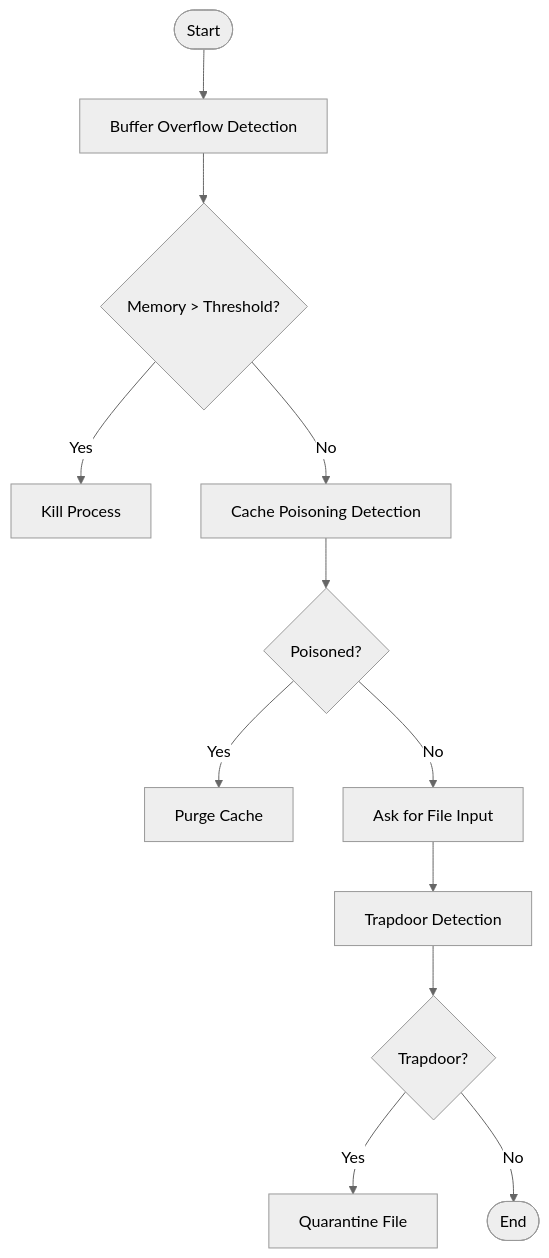
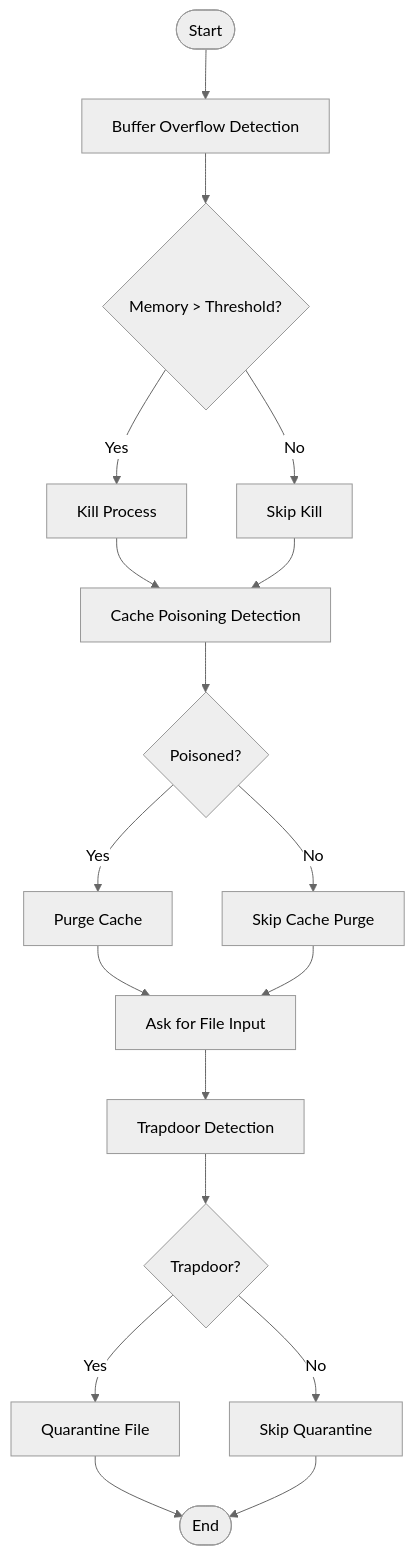
The diagram in README.md (Abhijit-Kumar-GitHub/AegiScan), drawn with Mermaid (neutral theme) before and after one commit.

````diff
--- a/README.md
+++ b/README.md
@@ -53,14 +53,25 @@
 ```mermaid
 flowchart TD
     Start([Start]) --> DetectBuffer[Buffer Overflow Detection]
     DetectBuffer --> KillProcess{Memory > Threshold?}
     KillProcess -- Yes --> Terminate[Kill Process]
-    KillProcess -- No --> DetectCache[Cache Poisoning Detection]
-    DetectCache --> IsPoisoned{Poisoned?}
+    KillProcess -- No --> SkipTerminate[Skip Kill]
+
+    Terminate --> DetectCache
+    SkipTerminate --> DetectCache
+
+    DetectCache[Cache Poisoning Detection] --> IsPoisoned{Poisoned?}
     IsPoisoned -- Yes --> PurgeCache[Purge Cache]
-    IsPoisoned -- No --> AskUserFile[Ask for File Input]
-    AskUserFile --> TrapdoorScan[Trapdoor Detection]
+    IsPoisoned -- No --> SkipPurge[Skip Cache Purge]
+
+    PurgeCache --> AskUserFile
+    SkipPurge --> AskUserFile
+
+    AskUserFile[Ask for File Input] --> TrapdoorScan[Trapdoor Detection]
     TrapdoorScan --> TrapdoorFound{Trapdoor?}
     TrapdoorFound -- Yes --> Quarantine[Quarantine File]
-    TrapdoorFound -- No --> End([End])
+    TrapdoorFound -- No --> SkipQuarantine[Skip Quarantine]
+
+    Quarantine --> End([End])
+    SkipQuarantine --> End
 ```
````
